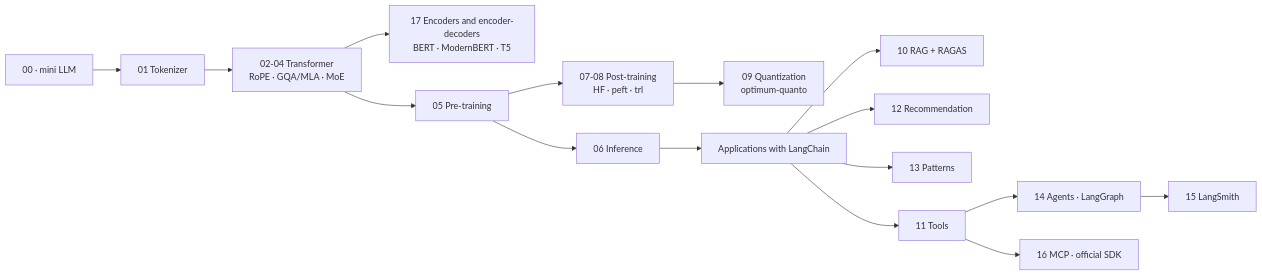
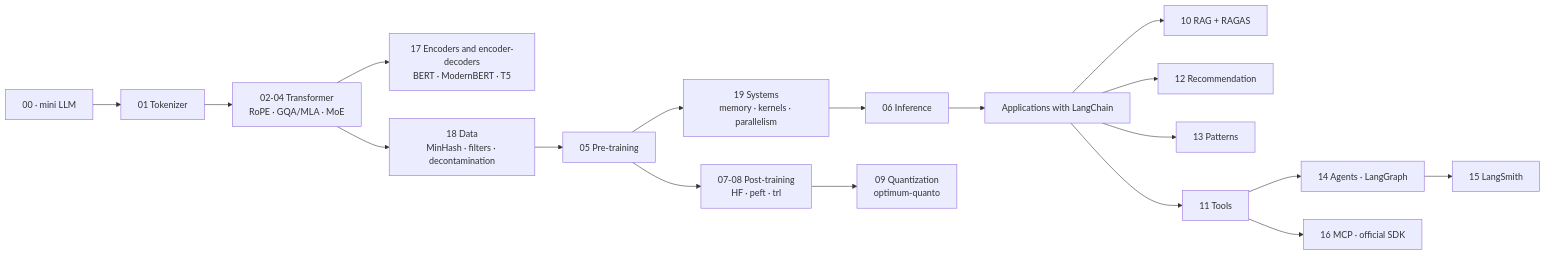
Before and after one commit to ZoodiacR/llm-edu-suite: the diagram in docs/en/README.md, drawn with Mermaid. The commit also changed other lines of this file and 19 other files, not shown here.

First line of the commit message:
Notebooks 18 and 19: data engineering and training systems (Sprint 2 closes as v2.3)

````diff
--- a/docs/en/README.md
+++ b/docs/en/README.md
@@ -38,18 +42,20 @@
 ```mermaid
 flowchart LR
     Z[00 · mini LLM] --> B[01 Tokenizer]
     B --> C[02-04 Transformer<br/>RoPE · GQA/MLA · MoE]
     C --> Q["17 Encoders and encoder-decoders<br/>BERT · ModernBERT · T5"]
-    C --> D[05 Pre-training]
-    D --> E[06 Inference]
+    C --> P["18 Data<br/>MinHash · filters · decontamination"]
+    P --> D[05 Pre-training]
+    D --> S["19 Systems<br/>memory · kernels · parallelism"]
+    S --> E[06 Inference]
     D --> F["07-08 Post-training<br/>HF · peft · trl"]
     F --> G["09 Quantization<br/>optimum-quanto"]
     E --> H[Applications with LangChain]
     H --> I["10 RAG + RAGAS"]
     H --> K[12 Recommendation]
     H --> L[13 Patterns]
     H --> J[11 Tools]
     J --> M["14 Agents · LangGraph"]
     J --> N["16 MCP · official SDK"]
     M --> O["15 LangSmith"]
 ```
````
